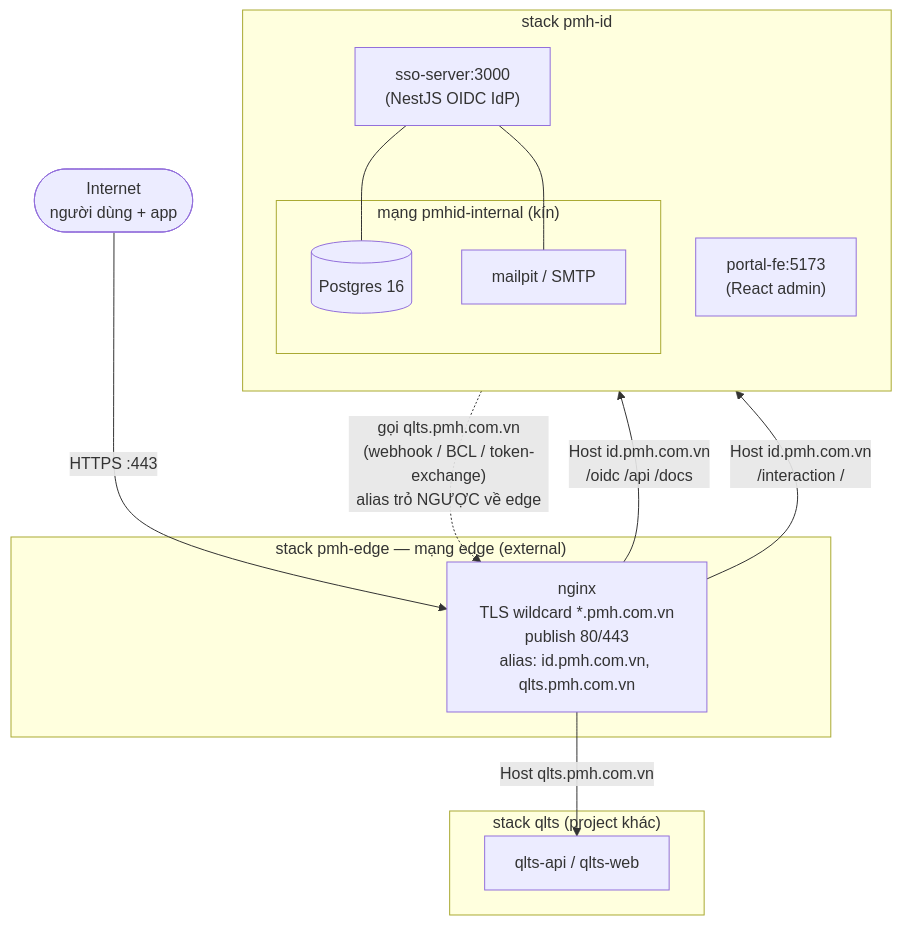
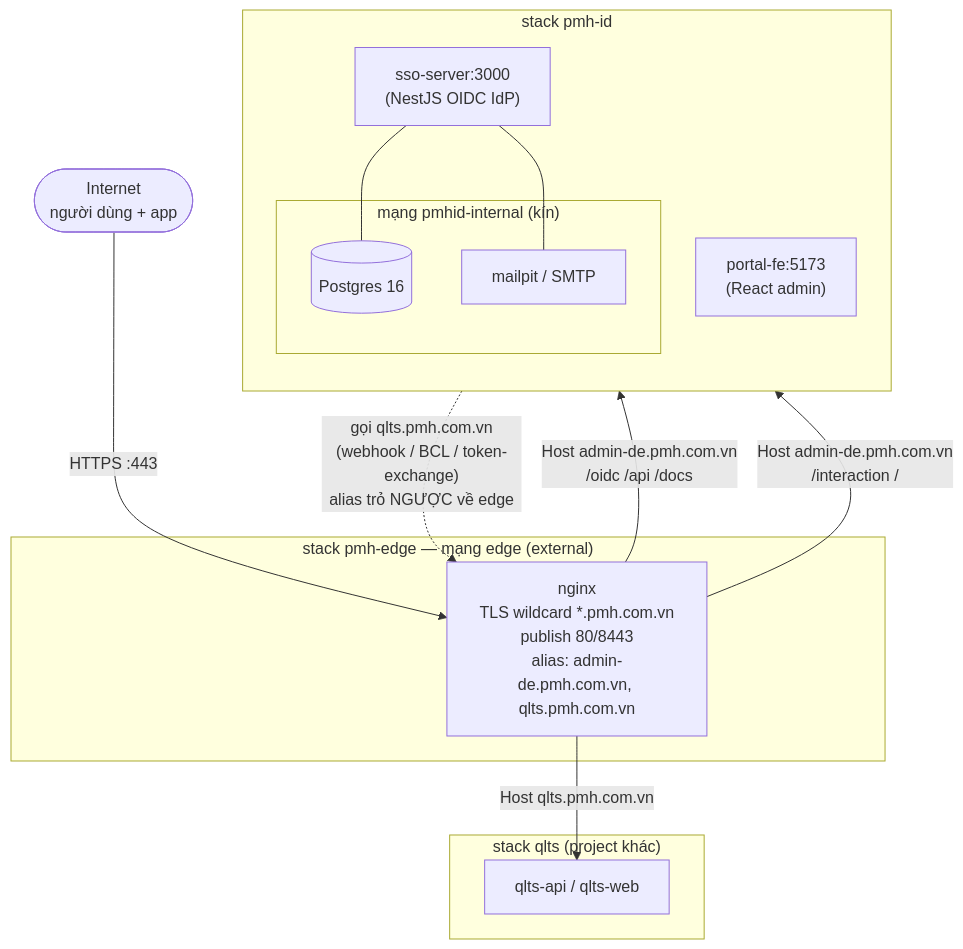
One commit to youtranken/PMH_IDE changed the first of 5 diagrams in docs/integration/edge-va-luong-hoat-dong.md. Above: the diagram before and after it, drawn with Mermaid. The commit also changed other lines of this file and 26 other files, not shown here.

First line of the commit message:
feat(prod): script triển khai cụm 8443 + đổi domain IdP → admin-de.pmh.com.vn

````diff
--- a/docs/integration/edge-va-luong-hoat-dong.md
+++ b/docs/integration/edge-va-luong-hoat-dong.md
@@ -20,30 +20,30 @@
 ```mermaid
 flowchart TB
     net([Internet<br/>người dùng + app]) -->|"HTTPS :443"| edge
 
     subgraph EDGE["stack pmh-edge — mạng edge (external)"]
-      edge["nginx<br/>TLS wildcard *.pmh.com.vn<br/>publish 80/443<br/>alias: id.pmh.com.vn, qlts.pmh.com.vn"]
+      edge["nginx<br/>TLS wildcard *.pmh.com.vn<br/>publish 80/8443<br/>alias: admin-de.pmh.com.vn, qlts.pmh.com.vn"]
     end
 
-    edge -->|"Host id.pmh.com.vn<br/>/oidc /api /docs"| sso
-    edge -->|"Host id.pmh.com.vn<br/>/interaction  /"| fe
+    edge -->|"Host admin-de.pmh.com.vn<br/>/oidc /api /docs"| sso
+    edge -->|"Host admin-de.pmh.com.vn<br/>/interaction  /"| fe
     edge -->|"Host qlts.pmh.com.vn"| qlts
 
     subgraph PMHID["stack pmh-id"]
       direction TB
       sso["sso-server:3000<br/>(NestJS OIDC IdP)"]
       fe["portal-fe:5173<br/>(React admin)"]
       subgraph INTERNAL["mạng pmhid-internal (kín)"]
         pg[("Postgres 16")]
         mail["mailpit / SMTP"]
       end
       sso --- pg
       sso --- mail
     end
 
     subgraph QLTSSTACK["stack qlts (project khác)"]
       qlts["qlts-api / qlts-web"]
     end
 
     sso -.->|"gọi qlts.pmh.com.vn<br/>(webhook / BCL / token-exchange)<br/>alias trỏ NGƯỢC về edge"| edge
 ```
````
